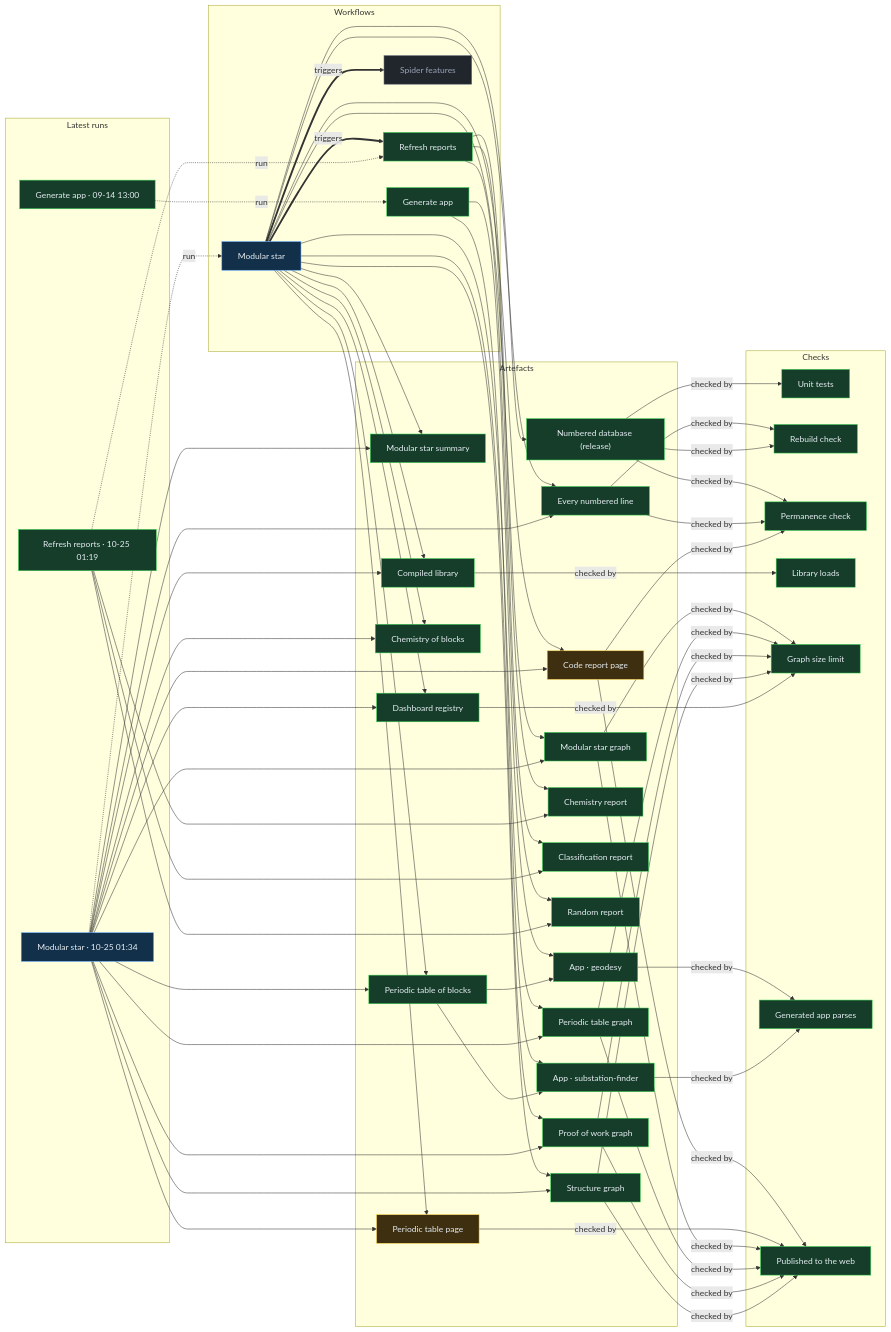
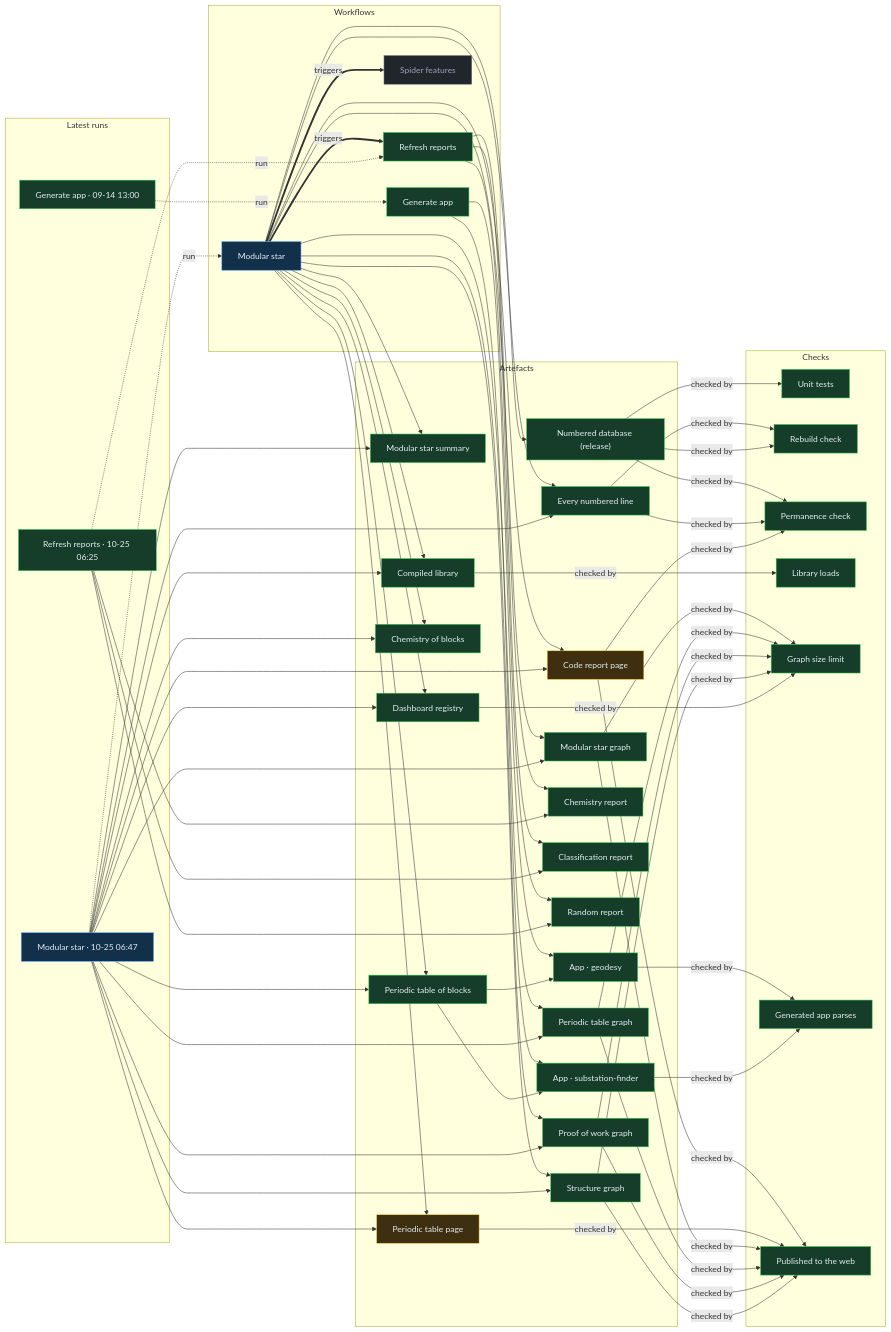
Before and after one commit to Ventusltd/stars: the diagram in proof/PROOF.md, drawn with Mermaid. The commit also changed other lines of this file and 44 other files, not shown here.

Commit message:
Modular star 2026-10-25T06:50Z

```diff
--- a/proof/PROOF.md
+++ b/proof/PROOF.md
@@ -24,8 +24,8 @@
   n_wf_spider_features["Spider features"]:::off
   end
   subgraph g_runs["Latest runs"]
-  n_run_40151148631["Modular star · 10-25 01:34"]:::live
-  n_run_40150188754["Refresh reports · 10-25 01:19"]:::ok
+  n_run_40170336105["Modular star · 10-25 06:47"]:::live
+  n_run_40169061342["Refresh reports · 10-25 06:25"]:::ok
   n_run_34846587798["Generate app · 09-14 13:00"]:::ok
   end
   subgraph g_artefacts["Artefacts"]
@@ -59,39 +59,39 @@
   end
   n_wf_modular_star == triggers ==> n_wf_refresh
   n_wf_modular_star == triggers ==> n_wf_spider_features
-  n_run_40151148631 -. run .-> n_wf_modular_star
-  n_run_40150188754 -. run .-> n_wf_refresh
+  n_run_40170336105 -. run .-> n_wf_modular_star
+  n_run_40169061342 -. run .-> n_wf_refresh
   n_run_34846587798 -. run .-> n_wf_generate
   n_wf_modular_star --> n_art_summary
-  n_run_40151148631 --> n_art_summary
+  n_run_40170336105 --> n_art_summary
   n_wf_modular_star --> n_art_lines
-  n_run_40151148631 --> n_art_lines
+  n_run_40170336105 --> n_art_lines
   n_wf_modular_star --> n_art_code
-  n_run_40151148631 --> n_art_code
+  n_run_40170336105 --> n_art_code
   n_wf_modular_star --> n_art_modular_graph
-  n_run_40151148631 --> n_art_modular_graph
+  n_run_40170336105 --> n_art_modular_graph
   n_wf_modular_star --> n_art_blocks
-  n_run_40151148631 --> n_art_blocks
+  n_run_40170336105 --> n_art_blocks
   n_wf_modular_star --> n_art_table
-  n_run_40151148631 --> n_art_table
+  n_run_40170336105 --> n_art_table
   n_wf_modular_star --> n_art_blocks_graph
-  n_run_40151148631 --> n_art_blocks_graph
+  n_run_40170336105 --> n_art_blocks_graph
   n_wf_modular_star --> n_art_reactions
-  n_run_40151148631 --> n_art_reactions
+  n_run_40170336105 --> n_art_reactions
   n_wf_modular_star --> n_art_library
-  n_run_40151148631 --> n_art_library
+  n_run_40170336105 --> n_art_library
   n_wf_modular_star --> n_art_features
-  n_run_40151148631 --> n_art_features
+  n_run_40170336105 --> n_art_features
   n_wf_modular_star --> n_art_proof
-  n_run_40151148631 --> n_art_proof
+  n_run_40170336105 --> n_art_proof
   n_wf_modular_star --> n_art_structure
-  n_run_40151148631 --> n_art_structure
+  n_run_40170336105 --> n_art_structure
   n_wf_refresh --> n_art_chemistry
-  n_run_40150188754 --> n_art_chemistry
+  n_run_40169061342 --> n_art_chemistry
   n_wf_refresh --> n_art_vedic
-  n_run_40150188754 --> n_art_vedic
+  n_run_40169061342 --> n_art_vedic
   n_wf_refresh --> n_art_random
-  n_run_40150188754 --> n_art_random
+  n_run_40169061342 --> n_art_random
   n_wf_modular_star --> n_art_release
   n_wf_generate --> n_app_geodesy
   n_art_blocks --> n_app_geodesy
```
